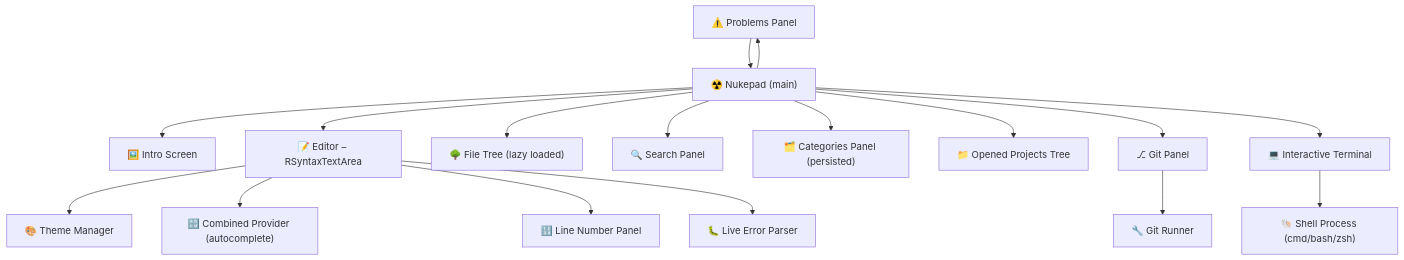
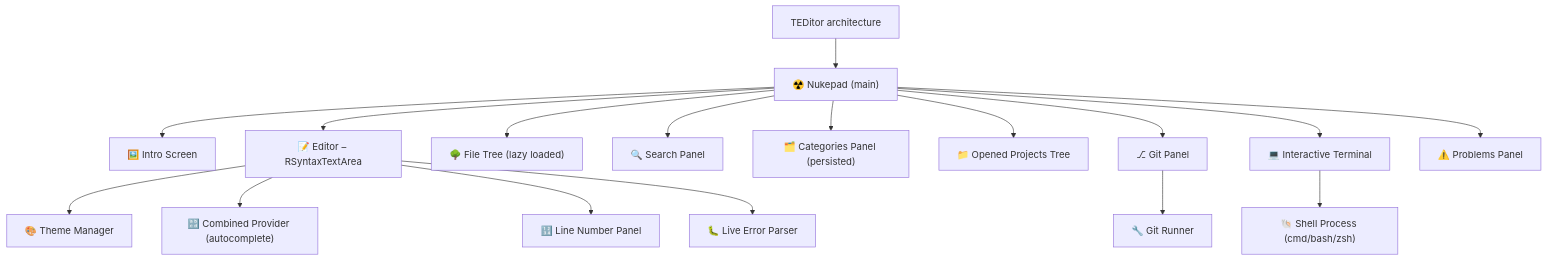
The diagram in README.md (clatitapitita/Nukepad), drawn with Mermaid before and after one commit. The commit also changed other lines of this file, not shown here.

````diff
--- a/README.md
+++ b/README.md
@@ -104,21 +104,21 @@
 ```mermaid
 graph TD
-    J["TEDitor architecture"] --> A["☢️ Nukepad (main)"]
+    X["TEDitor architecture"] --> A["☢️ Nukepad (main)"]
     A --> B["🖼️ Intro Screen"]
     A --> C["📝 Editor – RSyntaxTextArea"]
     A --> D["🌳 File Tree (lazy loaded)"]
     A --> E["🔍 Search Panel"]
     A --> F["🗂️ Categories Panel (persisted)"]
     A --> G["📁 Opened Projects Tree"]
     A --> H["⎇ Git Panel"]
     A --> I["💻 Interactive Terminal"]
     A --> J["⚠️ Problems Panel"]
 
     C --> K["🎨 Theme Manager"]
     C --> L["🔡 Combined Provider (autocomplete)"]
     C --> M["🔢 Line Number Panel"]
     C --> N["🐛 Live Error Parser"]
 
     H --> O["🔧 Git Runner"]
     I --> P["🐚 Shell Process (cmd/bash/zsh)"]
 ```
````
